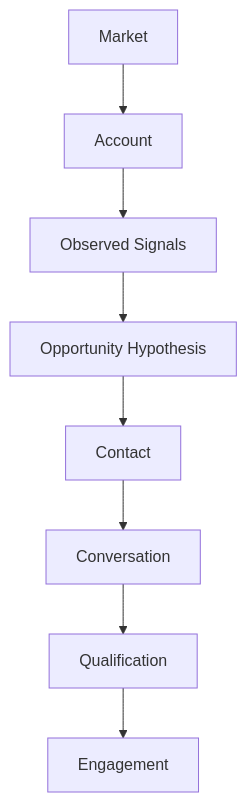
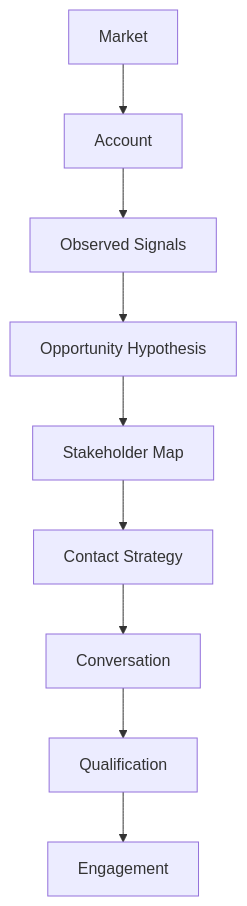
Before and after one commit to Garcia-Systems/sales-engineering-engagement-development-laboratory: the diagram in README.md, drawn with Mermaid. The commit also changed other lines of this file and 9 other files, not shown here.

````diff
--- a/README.md
+++ b/README.md
@@ -5,5 +5,5 @@
 ```mermaid
 flowchart TD
   Market --> Account --> Signals[Observed Signals] --> Hypothesis[Opportunity Hypothesis]
-  Hypothesis --> Contact --> Conversation --> Qualification --> Engagement
+  Hypothesis --> StakeholderMap[Stakeholder Map] --> ContactStrategy[Contact Strategy] --> Conversation --> Qualification --> Engagement
 ```
````
